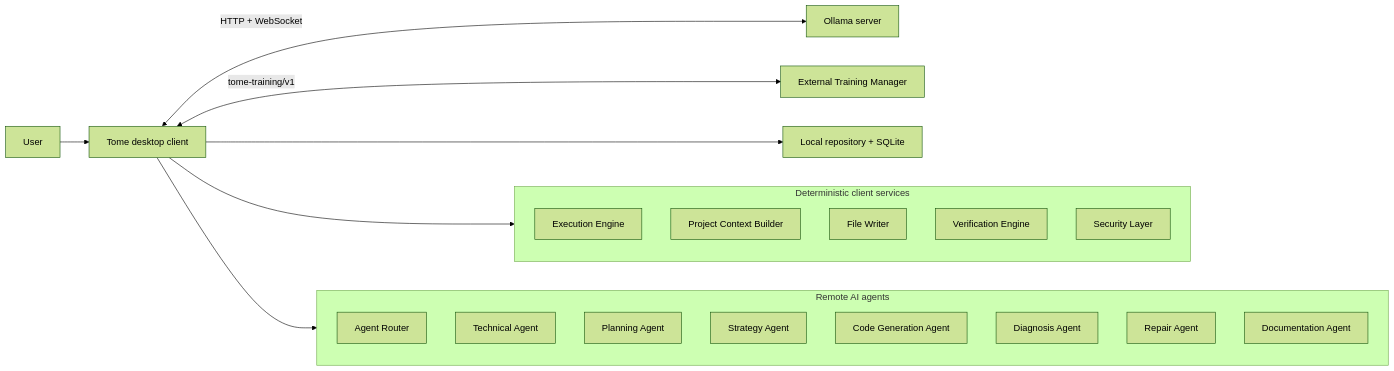
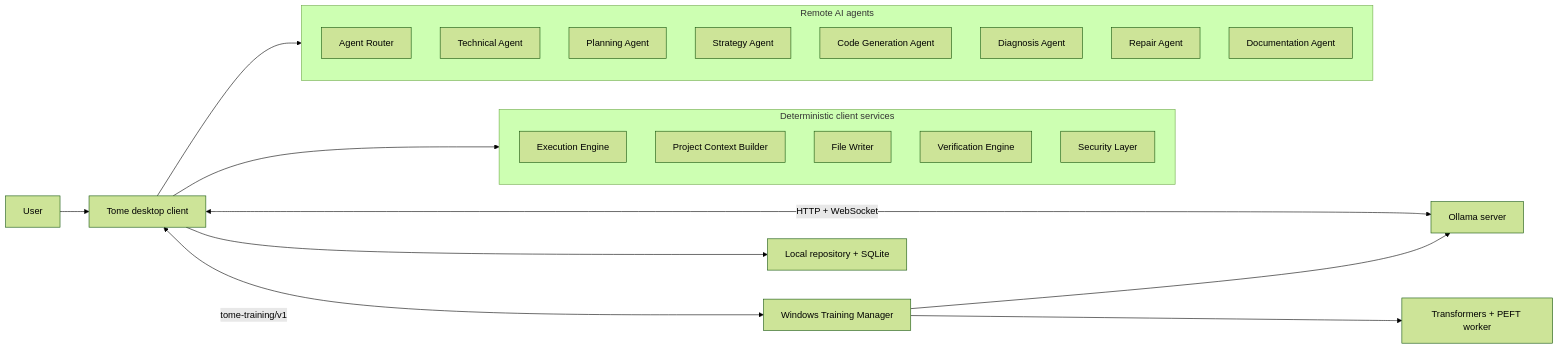
Before and after one commit to khushanpoptani/Tome_V1: the diagram in README.md, drawn with Mermaid (forest theme). The commit also changed other lines of this file and 29 other files, not shown here.

Commit message:
feat: add Windows model training manager

````diff
--- a/README.md
+++ b/README.md
@@ -17,29 +19,31 @@
 ```mermaid
 flowchart LR
     User --> Desktop["Tome desktop client"]
     Desktop <-->|"HTTP + WebSocket"| Ollama["Ollama server"]
-    Desktop <-->|"tome-training/v1"| Training["External Training Manager"]
+    Desktop <-->|"tome-training/v1"| Training["Windows Training Manager"]
+    Training --> Worker["Transformers + PEFT worker"]
+    Training --> Ollama
     Desktop --> Local["Local repository + SQLite"]
 
     subgraph Client["Deterministic client services"]
         Engine["Execution Engine"]
         Context["Project Context Builder"]
         Writer["File Writer"]
         Verify["Verification Engine"]
         Security["Security Layer"]
     end
 
     subgraph Server["Remote AI agents"]
         Router["Agent Router"]
         Technical["Technical Agent"]
         Planning["Planning Agent"]
         Strategy["Strategy Agent"]
         Codegen["Code Generation Agent"]
         Diagnosis["Diagnosis Agent"]
         Repair["Repair Agent"]
         Documentation["Documentation Agent"]
     end
 
     Desktop --> Client
     Desktop --> Server
 ```
````
